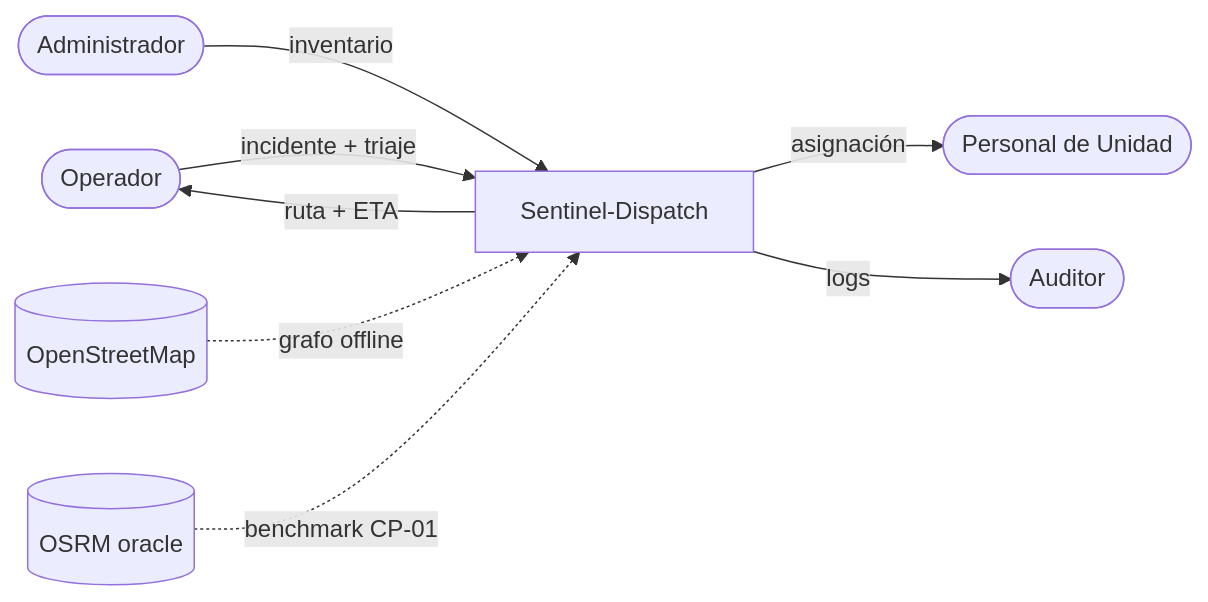
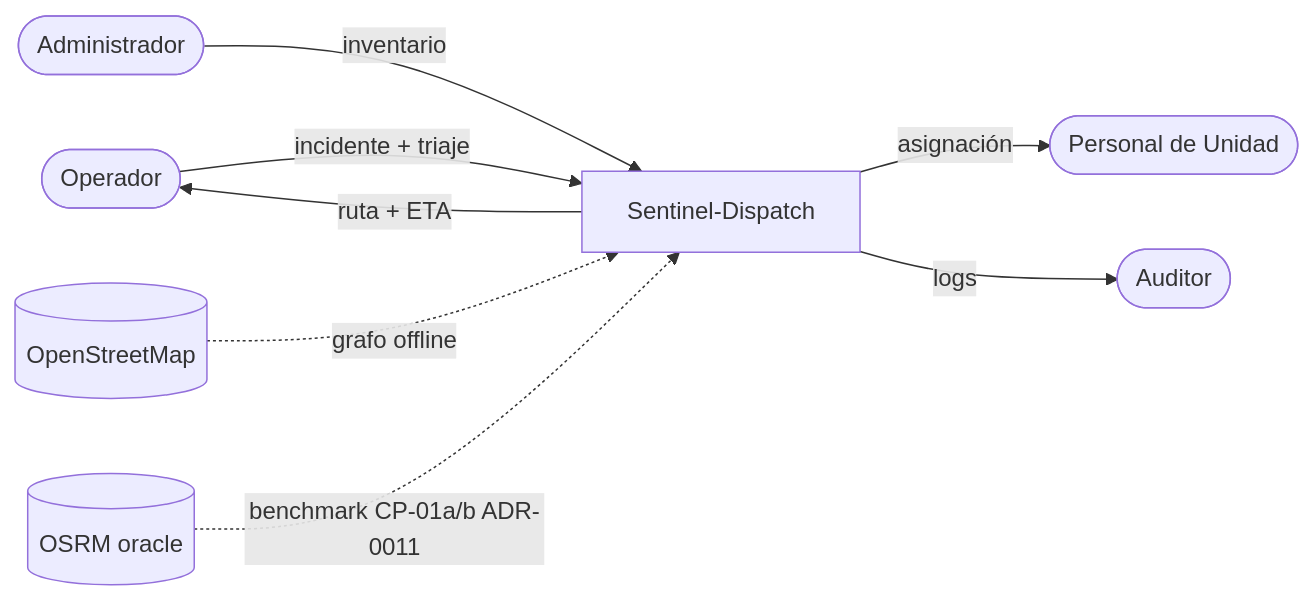
One commit to Jacket-69/sentinel-dispatch changed the first of 5 diagrams in docs/architecture/c4.md. Above: the diagram before and after it, drawn with Mermaid. The commit also changed other lines of this file and 2 other files, not shown here.

Commit message:
docs(routing): resolver inconsistencias residuales del cierre H2
Auditoría documental detectó 4 puntos donde la reformulación del CP-01
(ADR-0011) no había alcanzado a propagarse:

- SRS sec. 2.10 "Requisitos de Calidad / Precisión de ruteo" seguía
  diciendo "error ≤ 5% en el 95% de 100 rutas" — contradicción frontal
  con sec. 2.13 (CP-01a) y sec. 2.15 §1 ya actualizadas. Reformulado a
  distance ±30% / ≥75/100 con referencia al ADR-0011.
- SRS sec. 2.6-B (heurística A*): v_max = 140 km/h (38.89 m/s) →
  180 km/h (50 m/s), sincronizando con commit 561bfa5 que elevó la cota
  para preservar admisibilidad ante motorway × factor_sirena = 168 km/h.
- ADR-0010: status accepted → amended + superseded-by 0011 (parcial);
  notas inline en §Contexto y §3 apuntando al ADR-0011 para que un
  lector que abra 0010 directamente vea la corrección. v_max
  actualizado a 180 km/h.
- c4.md: "benchmark CP-01" → "benchmark CP-01a/b (ADR-0011)" en bullet
  y en el diagrama Mermaid del nivel 1.

````diff
--- a/docs/architecture/c4.md
+++ b/docs/architecture/c4.md
@@ -21,10 +21,10 @@
 ```mermaid
 flowchart LR
     Op([Operador]) -->|incidente + triaje| SD[Sentinel-Dispatch]
     SD -->|ruta + ETA| Op
     SD -->|asignación| Pers([Personal de Unidad])
     Adm([Administrador]) -->|inventario| SD
     SD -->|logs| Aud([Auditor])
     OSM[(OpenStreetMap)] -.->|grafo offline| SD
-    OSRM[(OSRM oracle)] -.->|benchmark CP-01| SD
+    OSRM[(OSRM oracle)] -.->|benchmark CP-01a/b ADR-0011| SD
 ```
````
